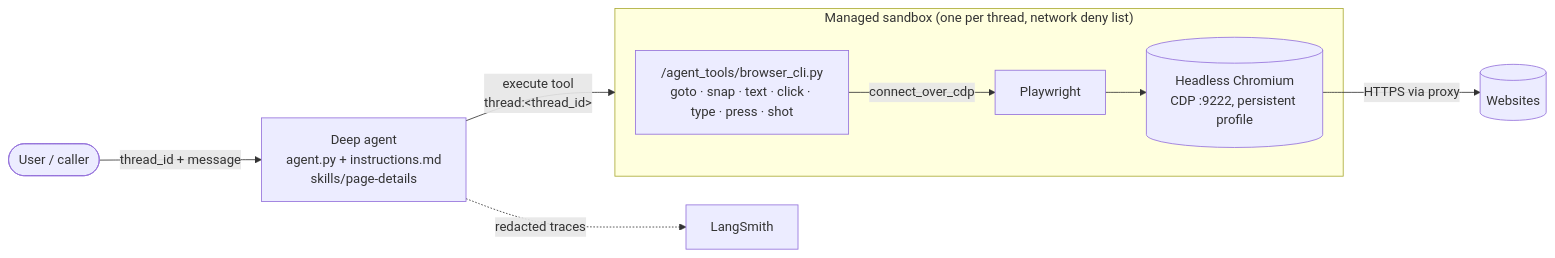
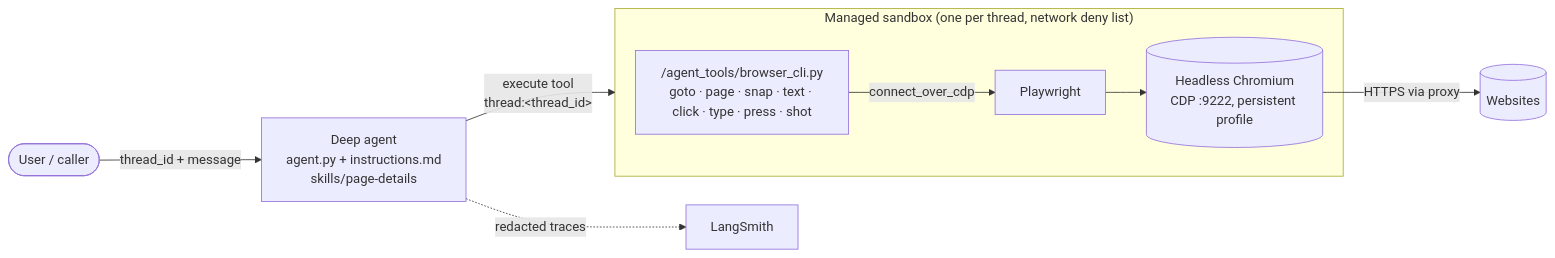
One commit to avtarraikmo/browser-agent changed the diagram in README.md. Above: the diagram before and after it, drawn with Mermaid. The commit also changed other lines of this file and 8 other files, not shown here.

````diff
--- a/README.md
+++ b/README.md
@@ -40,13 +40,13 @@
 ```mermaid
 flowchart LR
     User([User / caller]) -->|thread_id + message| Agent["Deep agent<br/>agent.py + instructions.md<br/>skills/page-details"]
     Agent -->|"execute tool<br/>thread:&lt;thread_id&gt;"| Sandbox
     subgraph Sandbox["Managed sandbox (one per thread, network deny list)"]
-        CLI["/agent_tools/browser_cli.py<br/>goto · snap · text · click · type · press · shot"]
+        CLI["/agent_tools/browser_cli.py<br/>goto · page · snap · text · click · type · press · shot"]
         PW[Playwright]
         Chrome[("Headless Chromium<br/>CDP :9222, persistent profile")]
         CLI -->|connect_over_cdp| PW --> Chrome
     end
     Chrome -->|HTTPS via proxy| Web[(Websites)]
     Agent -.->|redacted traces| LS[LangSmith]
 ```
````
